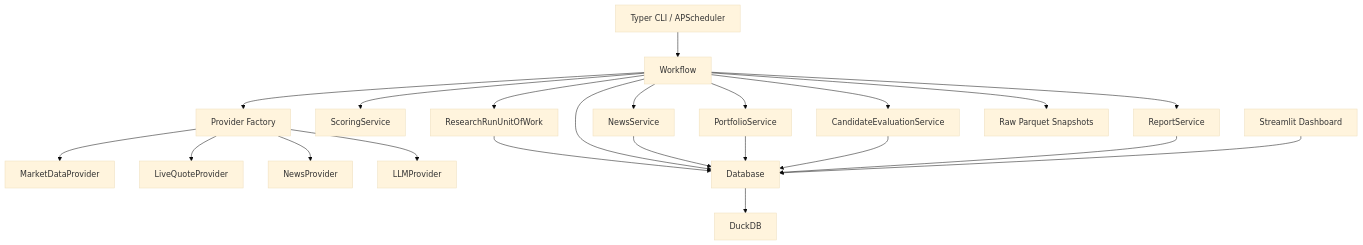
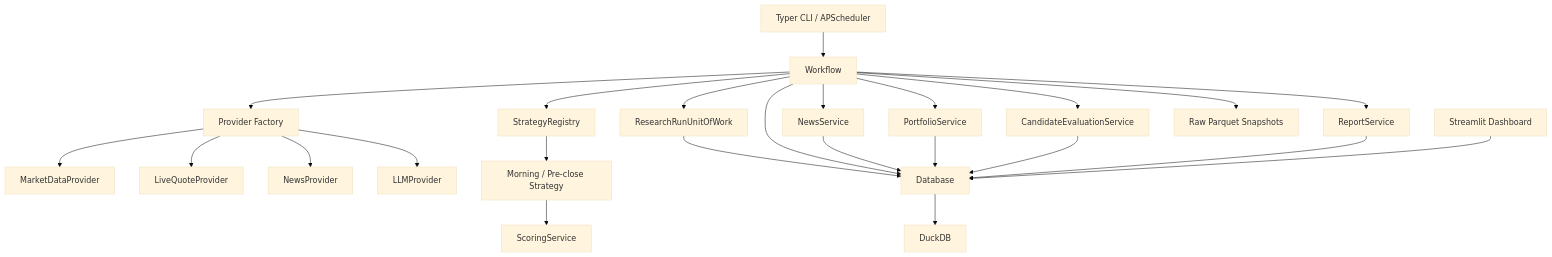
Before and after one commit to Dershine/KFCQuantitative: the second of 4 diagrams in doc/KFCQ_TechnicalSummary.md, drawn with Mermaid (base theme). The commit also changed other lines of this file and 7 other files, not shown here.

````diff
--- a/doc/KFCQ_TechnicalSummary.md
+++ b/doc/KFCQ_TechnicalSummary.md
@@ -234,26 +235,28 @@
 ```mermaid
 flowchart TD
     Entry["Typer CLI / APScheduler"] --> Workflow["Workflow"]
     Workflow --> ProviderFactory["Provider Factory"]
     ProviderFactory --> MarketProvider["MarketDataProvider"]
     ProviderFactory --> LiveProvider["LiveQuoteProvider"]
     ProviderFactory --> NewsProvider["NewsProvider"]
     ProviderFactory --> LLMProvider["LLMProvider"]
 
-    Workflow --> Scoring["ScoringService"]
+    Workflow --> StrategyRegistry["StrategyRegistry"]
+    StrategyRegistry --> Strategy["Morning / Pre-close Strategy"]
+    Strategy --> Scoring["ScoringService"]
     Workflow --> News["NewsService"]
     Workflow --> Portfolio["PortfolioService"]
     Workflow --> Evaluation["CandidateEvaluationService"]
     Workflow --> Reports["ReportService"]
 
     Workflow --> UoW["ResearchRunUnitOfWork"]
     UoW --> Database["Database"]
     Workflow --> Database
     News --> Database
     Portfolio --> Database
     Evaluation --> Database
     Reports --> Database
     Database --> DuckDB["DuckDB"]
     Workflow --> Parquet["Raw Parquet Snapshots"]
     Dashboard["Streamlit Dashboard"] --> Database
 ```
````
